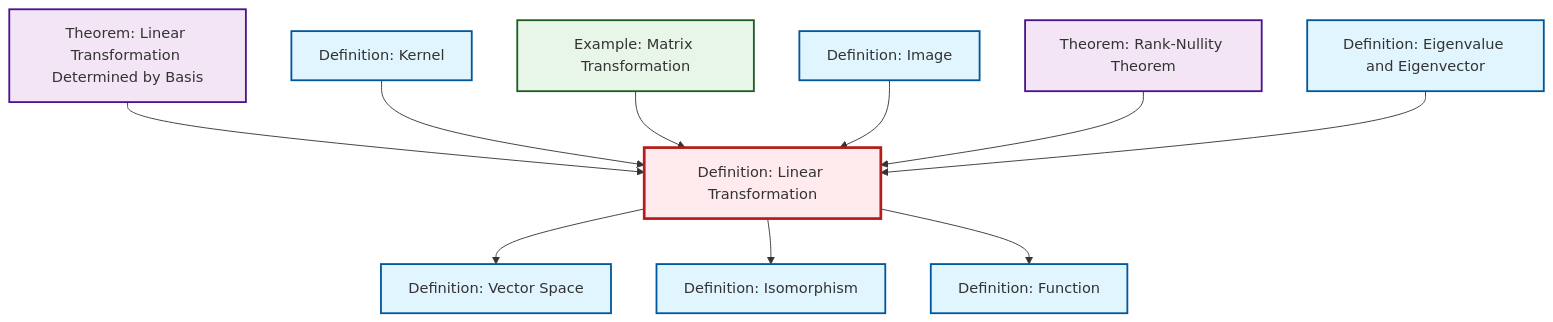
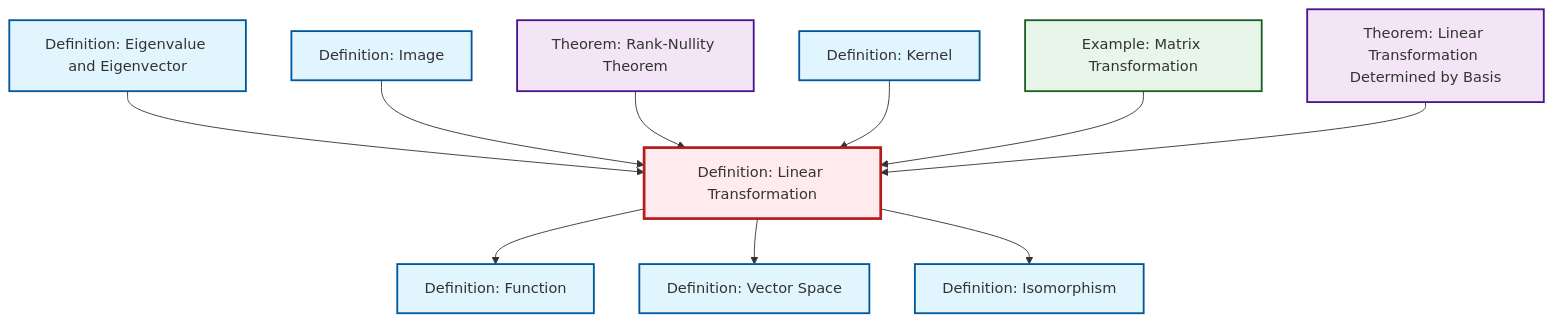
One commit to RK0429/ModernMath changed the diagram in content/en/algebra/def-linear-transformation.qmd. Above: the diagram before and after it, drawn with Mermaid. The commit also changed other lines of this file and 1012 other files, not shown here.

````diff
--- a/content/en/algebra/def-linear-transformation.qmd
+++ b/content/en/algebra/def-linear-transformation.qmd
@@ -46,38 +46,38 @@
 ```{mermaid}
 %%| fig-cap: "Local dependency graph"
 graph TD
     classDef definition fill:#e1f5fe,stroke:#01579b,stroke-width:2px
     classDef theorem fill:#f3e5f5,stroke:#4a148c,stroke-width:2px
     classDef axiom fill:#fff3e0,stroke:#e65100,stroke-width:2px
     classDef example fill:#e8f5e9,stroke:#1b5e20,stroke-width:2px
     classDef current fill:#ffebee,stroke:#b71c1c,stroke-width:3px
-    ex-matrix-transformation["Example: Matrix Transformation"]:::example
-    def-image["Definition: Image"]:::definition
-    def-linear-transformation["Definition: Linear Transformation"]:::definition
+    def-kernel["Definition: Kernel"]:::definition
     thm-linear-transformation-basis["Theorem: Linear Transformation Determined by Basis"]:::theorem
     def-vector-space["Definition: Vector Space"]:::definition
+    def-isomorphism["Definition: Isomorphism"]:::definition
+    def-linear-transformation["Definition: Linear Transformation"]:::definition
+    thm-rank-nullity["Theorem: Rank-Nullity Theorem"]:::theorem
+    def-image["Definition: Image"]:::definition
+    def-eigenvalue-eigenvector["Definition: Eigenvalue and Eigenvector"]:::definition
     def-function["Definition: Function"]:::definition
-    def-eigenvalue-eigenvector["Definition: Eigenvalue and Eigenvector"]:::definition
-    def-isomorphism["Definition: Isomorphism"]:::definition
-    thm-rank-nullity["Theorem: Rank-Nullity Theorem"]:::theorem
-    def-kernel["Definition: Kernel"]:::definition
-    def-linear-transformation --> def-vector-space
-    def-linear-transformation --> def-isomorphism
-    thm-linear-transformation-basis --> def-linear-transformation
-    def-kernel --> def-linear-transformation
-    ex-matrix-transformation --> def-linear-transformation
+    ex-matrix-transformation["Example: Matrix Transformation"]:::example
+    def-eigenvalue-eigenvector --> def-linear-transformation
     def-image --> def-linear-transformation
     def-linear-transformation --> def-function
+    def-linear-transformation --> def-vector-space
     thm-rank-nullity --> def-linear-transformation
-    def-eigenvalue-eigenvector --> def-linear-transformation
+    def-kernel --> def-linear-transformation
+    def-linear-transformation --> def-isomorphism
+    ex-matrix-transformation --> def-linear-transformation
+    thm-linear-transformation-basis --> def-linear-transformation
     class def-linear-transformation current
-    click ex-matrix-transformation "ex-matrix-transformation.html" "Go to Matrix Transformation example"
-    click def-image "def-image.html" "Go to Image definition"
+    click def-kernel "def-kernel.html" "Go to Kernel definition"
     click thm-linear-transformation-basis "thm-linear-transformation-basis.html" "Go to Linear Transformation Determined by Basis theorem"
     click def-vector-space "def-vector-space.html" "Go to Vector Space definition"
-    click def-function "def-function.html" "Go to Function definition"
-    click def-eigenvalue-eigenvector "def-eigenvalue-eigenvector.html" "Go to Eigenvalue and Eigenvector definition"
     click def-isomorphism "def-isomorphism.html" "Go to Isomorphism definition"
     click thm-rank-nullity "thm-rank-nullity.html" "Go to Rank-Nullity Theorem theorem"
-    click def-kernel "def-kernel.html" "Go to Kernel definition"
+    click def-image "def-image.html" "Go to Image definition"
+    click def-eigenvalue-eigenvector "def-eigenvalue-eigenvector.html" "Go to Eigenvalue and Eigenvector definition"
+    click def-function "def-function.html" "Go to Function definition"
+    click ex-matrix-transformation "ex-matrix-transformation.html" "Go to Matrix Transformation example"
 ```
````
